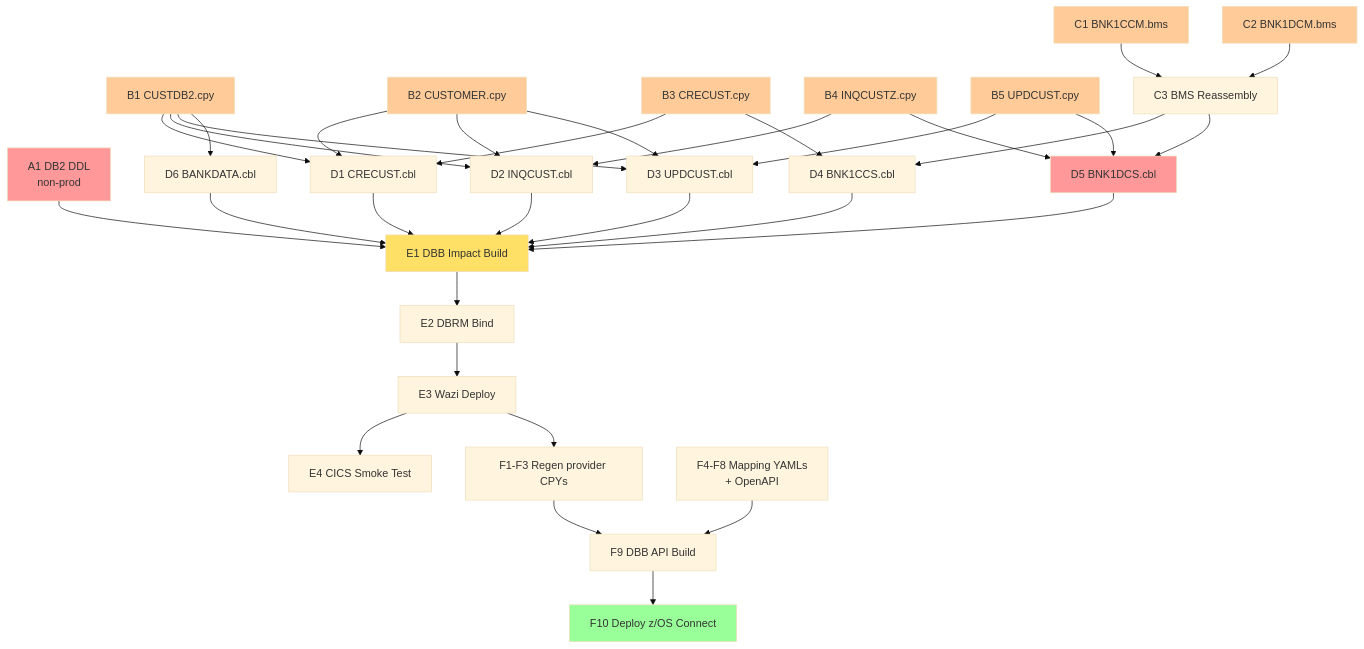
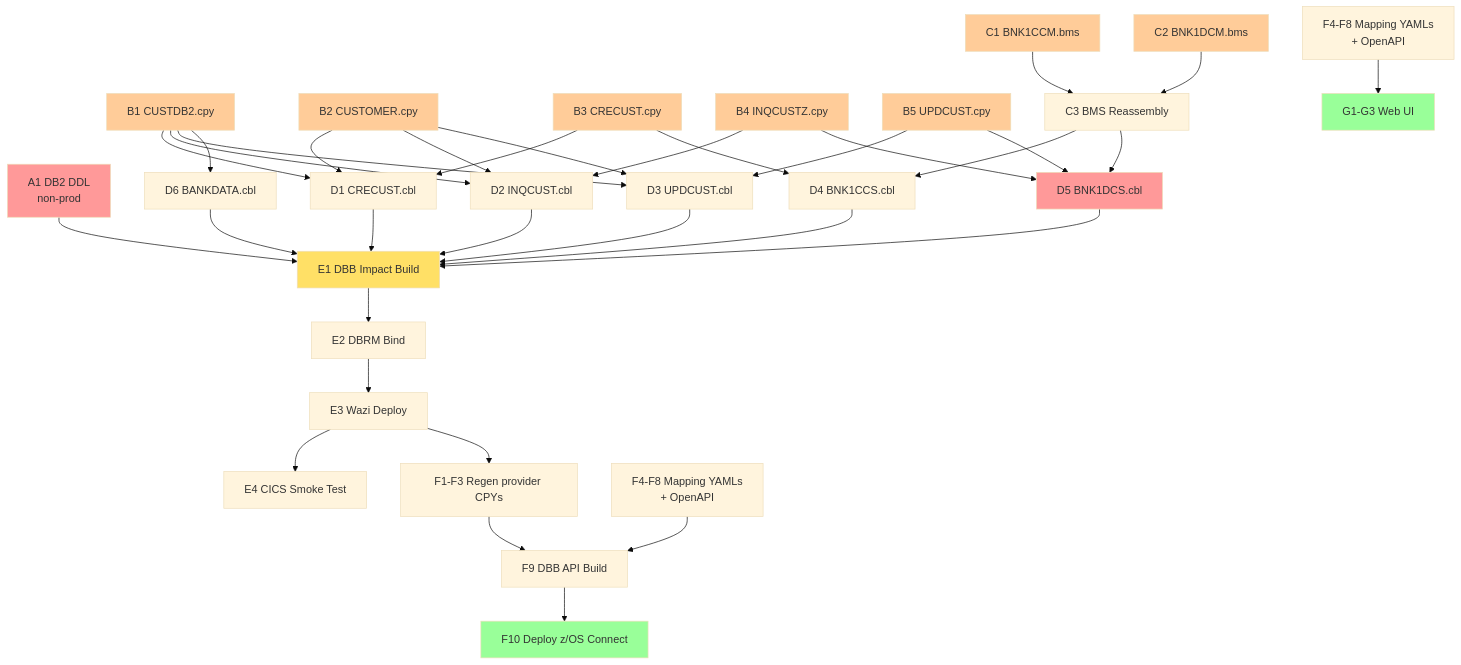
Before and after one commit to biaohao/Bank-of-Z: the diagram in bobz/implementation-plans/customer-email-field-20260727T230000/implementation-plan.md, drawn with Mermaid (base theme). The commit also changed other lines of this file, not shown here.

Commit message:
docs: update implementation plan with Workstream G (Web UI)

````diff
--- a/bobz/implementation-plans/customer-email-field-20260727T230000/implementation-plan.md
+++ b/bobz/implementation-plans/customer-email-field-20260727T230000/implementation-plan.md
@@ -344,35 +393,37 @@
 ```mermaid
 graph TD
     A1[A1 DB2 DDL\nnon-prod] --> E1
     B1[B1 CUSTDB2.cpy] --> D1 & D2 & D3 & D6
     B2[B2 CUSTOMER.cpy] --> D1 & D2 & D3
     B3[B3 CRECUST.cpy] --> D1 & D4
     B4[B4 INQCUSTZ.cpy] --> D2 & D5
     B5[B5 UPDCUST.cpy] --> D3 & D5
     C1[C1 BNK1CCM.bms] --> C3[C3 BMS Reassembly]
     C2[C2 BNK1DCM.bms] --> C3
     C3 --> D4[D4 BNK1CCS.cbl] & D5[D5 BNK1DCS.cbl]
     D1[D1 CRECUST.cbl] --> E1
     D2[D2 INQCUST.cbl] --> E1
     D3[D3 UPDCUST.cbl] --> E1
     D4 --> E1
     D5 --> E1
     D6[D6 BANKDATA.cbl] --> E1
     E1[E1 DBB Impact Build] --> E2[E2 DBRM Bind] --> E3[E3 Wazi Deploy] --> E4[E4 CICS Smoke Test]
     E3 --> F1[F1-F3 Regen provider CPYs]
     F1 --> F9[F9 DBB API Build]
     F4[F4-F8 Mapping YAMLs\n+ OpenAPI] --> F9
     F9 --> F10[F10 Deploy z/OS Connect]
+    F8[F4-F8 Mapping YAMLs\n+ OpenAPI] --> G1[G1-G3 Web UI]
 
     style A1 fill:#ff9999
     style B1 fill:#ffcc99
     style B2 fill:#ffcc99
     style B3 fill:#ffcc99
     style B4 fill:#ffcc99
     style B5 fill:#ffcc99
     style C1 fill:#ffcc99
     style C2 fill:#ffcc99
     style D5 fill:#ff9999
     style E1 fill:#ffe066
     style F10 fill:#99ff99
+    style G1 fill:#99ff99
 ```
````
